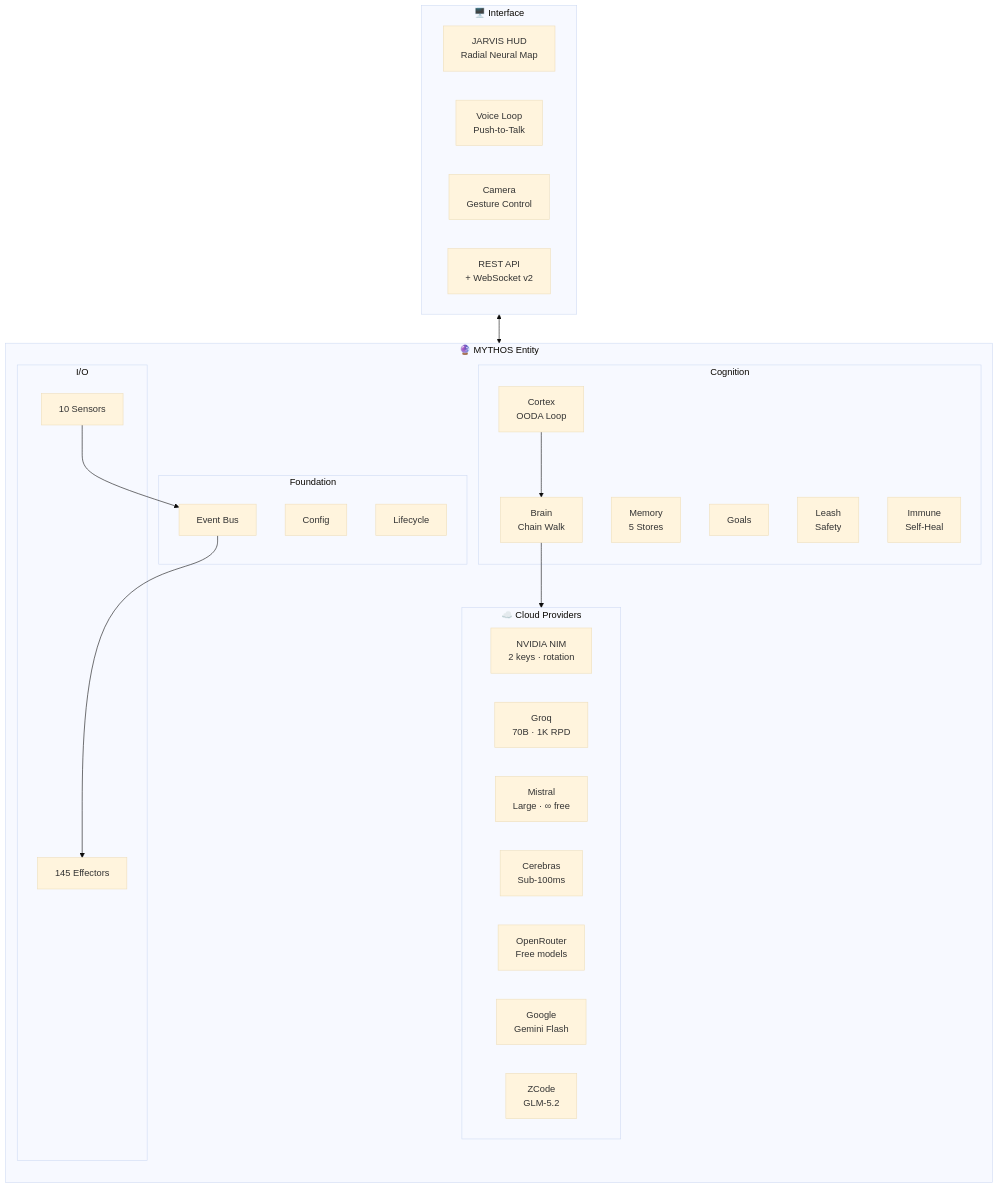
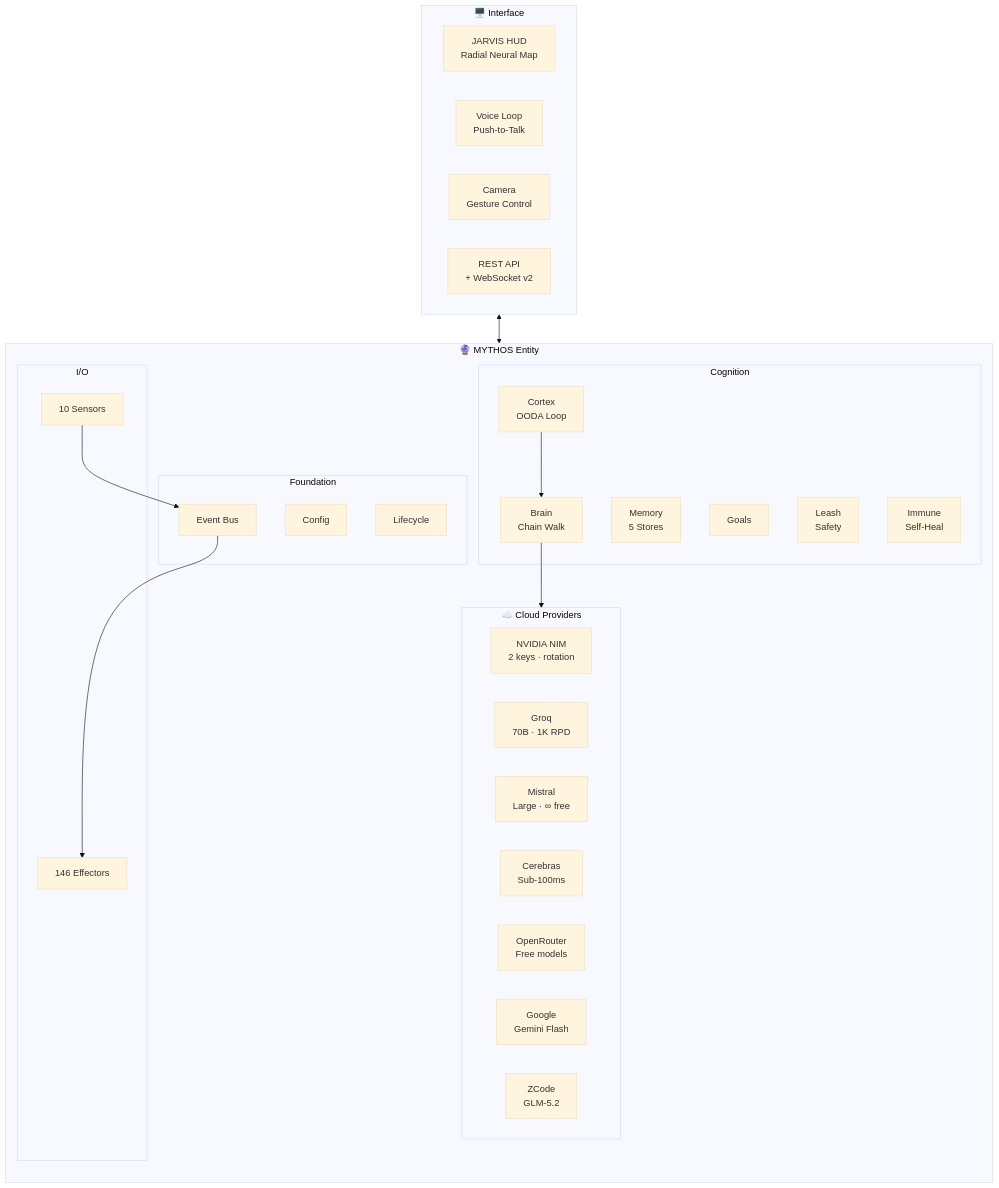
One commit to HailLucifer666/Agent_OS changed the first of 11 diagrams in README.md. Above: the diagram before and after it, drawn with Mermaid (base theme). The commit also changed other lines of this file and 6 other files, not shown here.

````diff
--- a/README.md
+++ b/README.md
@@ -48,45 +48,45 @@
 ```mermaid
 flowchart TB
     subgraph Cloud["☁️ Cloud Providers"]
         direction LR
         NIM["NVIDIA NIM<br/>2 keys · rotation"]
         GQ["Groq<br/>70B · 1K RPD"]
         MI["Mistral<br/>Large · ∞ free"]
         CE["Cerebras<br/>Sub-100ms"]
         OR["OpenRouter<br/>Free models"]
         GOOG["Google<br/>Gemini Flash"]
         ZC["ZCode<br/>GLM-5.2"]
     end
 
     subgraph MYTHOS["🔮 MYTHOS Entity"]
         direction TB
         subgraph Foundation["Foundation"]
             CFG["Config"]
             BUS["Event Bus"]
             LIFE["Lifecycle"]
         end
         subgraph Cognition["Cognition"]
             CORT["Cortex<br/>OODA Loop"]
             BRN["Brain<br/>Chain Walk"]
             MEM["Memory<br/>5 Stores"]
             GOAL["Goals"]
             LEASH["Leash<br/>Safety"]
             IMM["Immune<br/>Self-Heal"]
         end
         subgraph IOLayer["I/O"]
             SENS["10 Sensors"]
-            EFF["145 Effectors"]
+            EFF["146 Effectors"]
         end
         CORT --> BRN --> Cloud
         SENS --> BUS --> EFF
     end
 
     subgraph Interface["🖥️ Interface"]
         HUD["JARVIS HUD<br/>Radial Neural Map"]
         VOICE["Voice Loop<br/>Push-to-Talk"]
         CAM["Camera<br/>Gesture Control"]
         API["REST API<br/>+ WebSocket v2"]
     end
 
     Interface <--> MYTHOS
 ```
````
